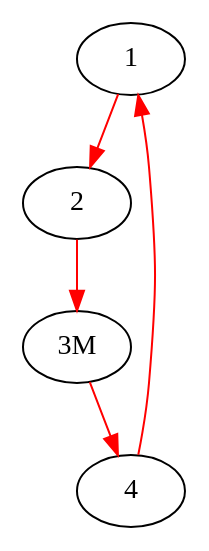
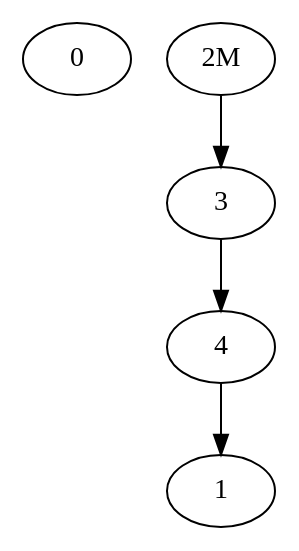
One commit to perpetualcoder/DistGC changed the diagram in DGC/testcase1-out/testcase1-out_gv13.gv. Above: the diagram before and after it, drawn with Graphviz. The commit also changed 39 other files, not shown here.

```diff
--- a/DGC/testcase1-out/testcase1-out_gv13.gv
+++ b/DGC/testcase1-out/testcase1-out_gv13.gv
@@ -1,14 +1,7 @@
 Digraph G {
-edge [color=red];
-1->2;
-edge [color=black];
-edge [color=red];
-2->"3M";
-edge [color=black];
-edge [color=red];
-"3M"->4;
-edge [color=black];
-edge [color=red];
+0;
+1;
+"2M"->3;
+3->4;
 4->1;
-edge [color=black];
 }
```
